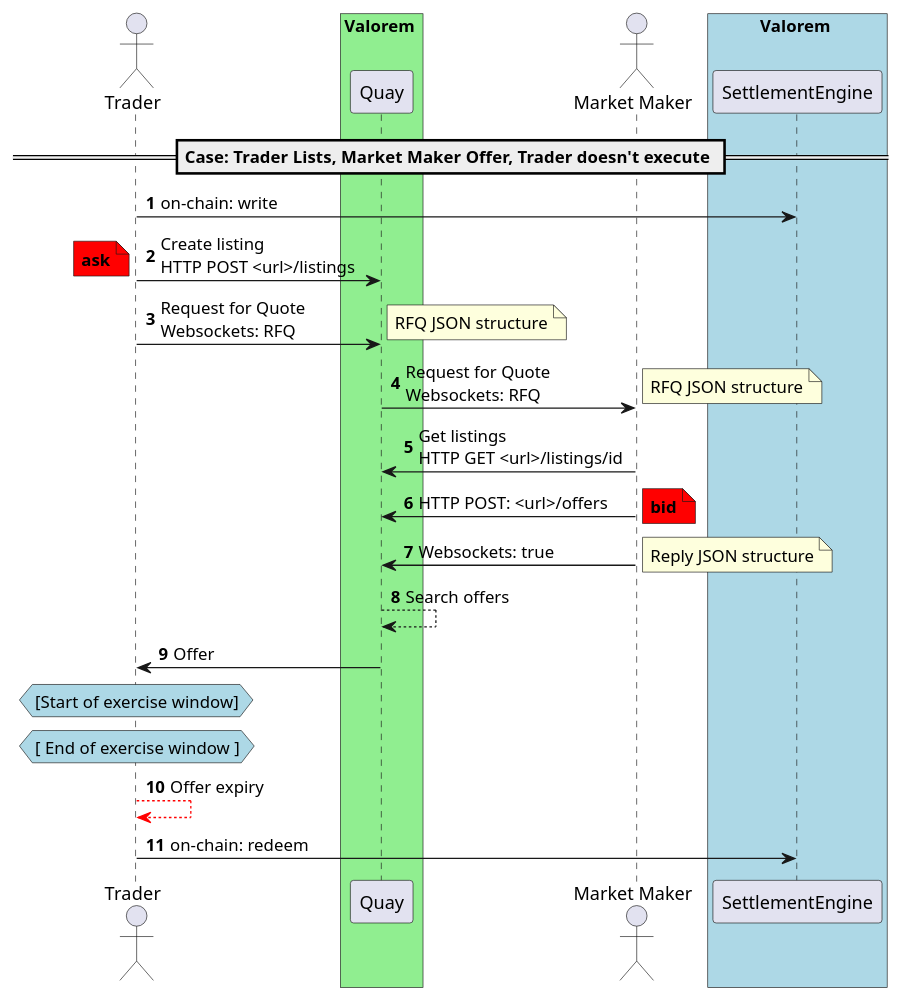
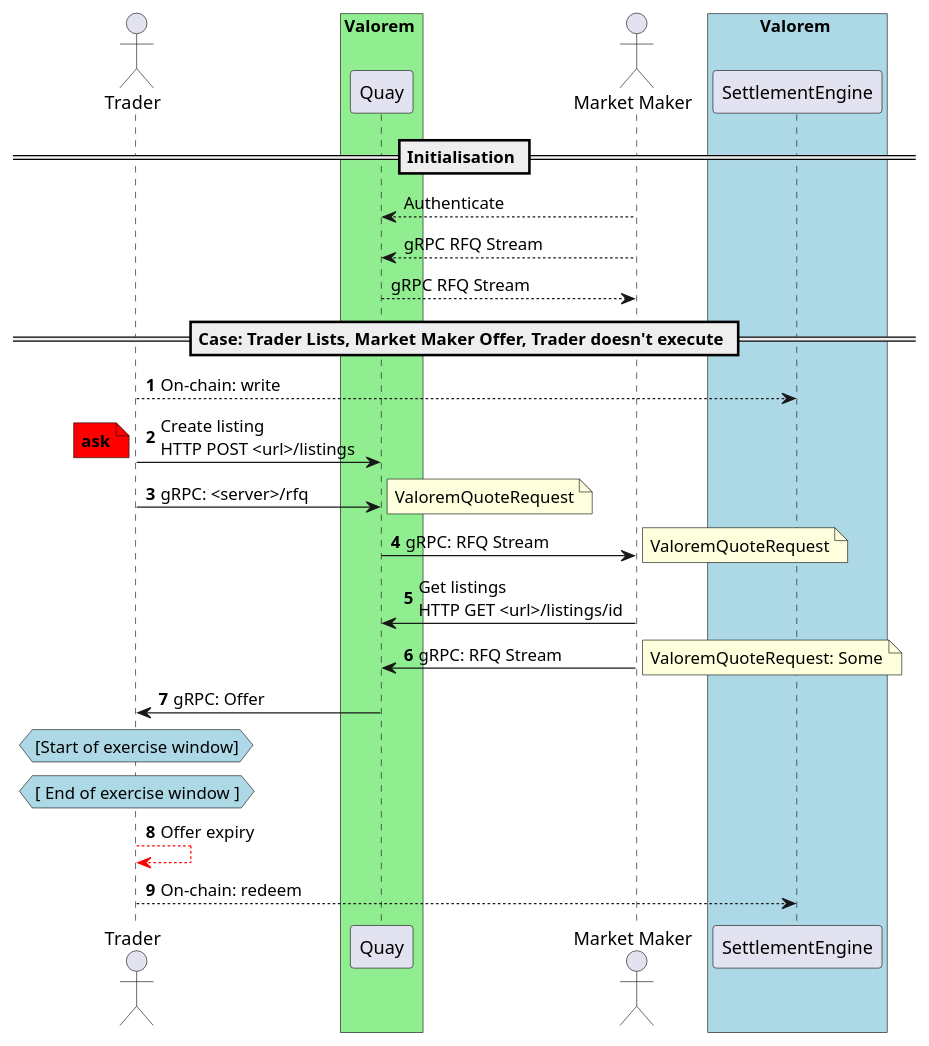
One commit to prince777-k/quay changed the diagram in docs/diagrams/trader_listing_mm_offer_no_execute.pu. Above: the diagram before and after it, drawn with PlantUML. The commit also changed 20 other files, not shown here.

```diff
--- a/docs/diagrams/trader_listing_mm_offer_no_execute.pu
+++ b/docs/diagrams/trader_listing_mm_offer_no_execute.pu
@@ -1,46 +1,46 @@
 @startuml
 
 actor Trader
 box Valorem #LightGreen
 participant Quay
 end box
 actor "Market Maker" as MM
 box Valorem #LightBlue
 participant SettlementEngine as SE
 end box
 
+== Initialisation ==
+MM --> Quay: Authenticate
+MM --> Quay: gRPC RFQ Stream
+Quay --> MM: gRPC RFQ Stream
+
 == Case: Trader Lists, Market Maker Offer, Trader doesn't execute ==
 autonumber
-Trader -> SE: on-chain: write
+Trader --> SE: On-chain: write
 Trader -> Quay: Create listing\nHTTP POST <url>/listings
 note left #red
 **ask**
 end note
-Trader -> Quay: Request for Quote\nWebsockets: RFQ
+Trader -> Quay: gRPC: <server>/rfq
 note right
-RFQ JSON structure
+ValoremQuoteRequest
 end note
-Quay -> MM: Request for Quote\nWebsockets: RFQ
+Quay -> MM: gRPC: RFQ Stream
 note right
-RFQ JSON structure
+ValoremQuoteRequest
 end note
 MM -> Quay: Get listings\nHTTP GET <url>/listings/id
-MM -> Quay: HTTP POST: <url>/offers
-note right #red
-**bid**
+MM -> Quay: gRPC: RFQ Stream
+note right
+ValoremQuoteRequest: Some
 end note
-MM -> Quay: Websockets: true
-note right
-Reply JSON structure
-end note
-Quay --> Quay: Search offers
-Quay -> Trader: Offer
+Quay -> Trader: gRPC: Offer
 hnote over Trader #lightBlue
 [Start of exercise window]
 end hnote
 hnote over Trader #lightBlue
 [ End of exercise window ]
 end hnote
 Trader -[#red]-> Trader: Offer expiry
-Trader -> SE: on-chain: redeem
+Trader --> SE: On-chain: redeem
 @enduml
```
